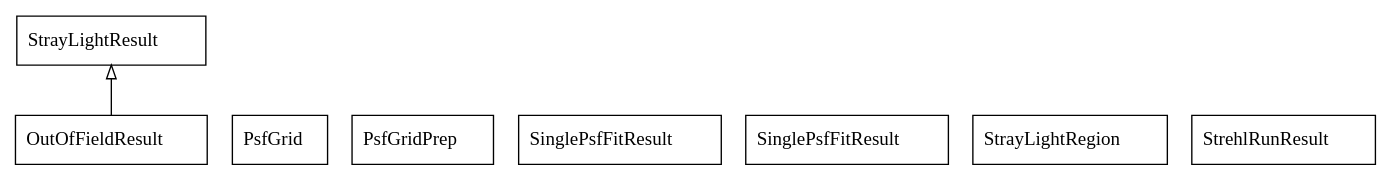
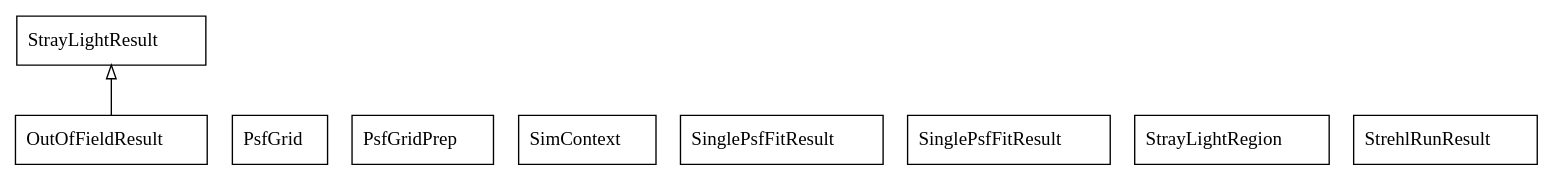
The diagram in docs/uml/classes.dot (mwanakijiji/metis_work), drawn with Graphviz before and after one commit. The commit also changed 7 other files, not shown here.

```diff
--- a/docs/uml/classes.dot
+++ b/docs/uml/classes.dot
@@ -1,13 +1,14 @@
 digraph "classes_METIS_MAIT" {
 rankdir=BT
 charset="utf-8"
-"modules.backbone_img_06_out_of_field.OutOfFieldResult" [color="black", fontcolor="black", label=<OutOfFieldResult>, shape="record", style="solid"];
+"modules.backbone_img_opt_06_out_of_field.OutOfFieldResult" [color="black", fontcolor="black", label=<OutOfFieldResult>, shape="record", style="solid"];
 "modules.backbone_img_03_psf_quality.PsfGrid" [color="black", fontcolor="black", label=<PsfGrid>, shape="record", style="solid"];
 "modules.psf_grid_prep.PsfGridPrep" [color="black", fontcolor="black", label=<PsfGridPrep>, shape="record", style="solid"];
+"modules.sim_common.SimContext" [color="black", fontcolor="black", label=<SimContext>, shape="record", style="solid"];
 "modules.backbone_img_03_psf_quality.SinglePsfFitResult" [color="black", fontcolor="black", label=<SinglePsfFitResult>, shape="record", style="solid"];
-"modules.backbone_img_02.SinglePsfFitResult" [color="black", fontcolor="black", label=<SinglePsfFitResult>, shape="record", style="solid"];
+"modules.backbone_img_opt_02_distortion.SinglePsfFitResult" [color="black", fontcolor="black", label=<SinglePsfFitResult>, shape="record", style="solid"];
 "modules.stray_light_common.StrayLightRegion" [color="black", fontcolor="black", label=<StrayLightRegion>, shape="record", style="solid"];
 "modules.stray_light_common.StrayLightResult" [color="black", fontcolor="black", label=<StrayLightResult>, shape="record", style="solid"];
 "modules.backbone_img_03_psf_quality.StrehlRunResult" [color="black", fontcolor="black", label=<StrehlRunResult>, shape="record", style="solid"];
-"modules.backbone_img_06_out_of_field.OutOfFieldResult" -> "modules.stray_light_common.StrayLightResult" [arrowhead="empty", arrowtail="none"];
+"modules.backbone_img_opt_06_out_of_field.OutOfFieldResult" -> "modules.stray_light_common.StrayLightResult" [arrowhead="empty", arrowtail="none"];
 }
```
